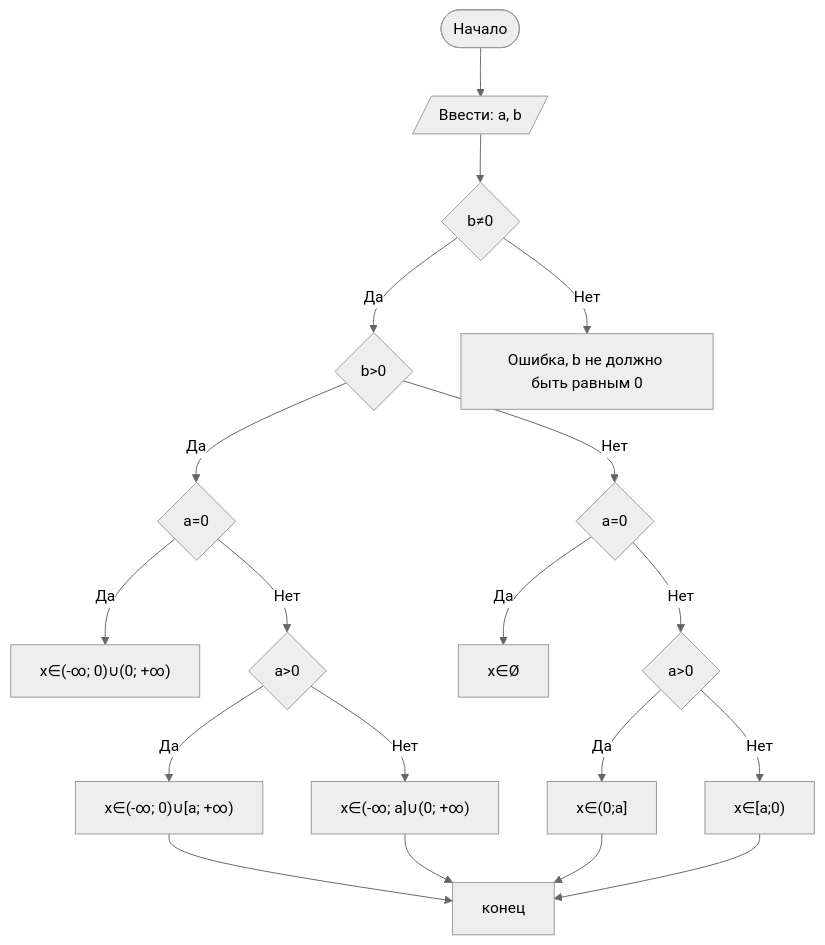
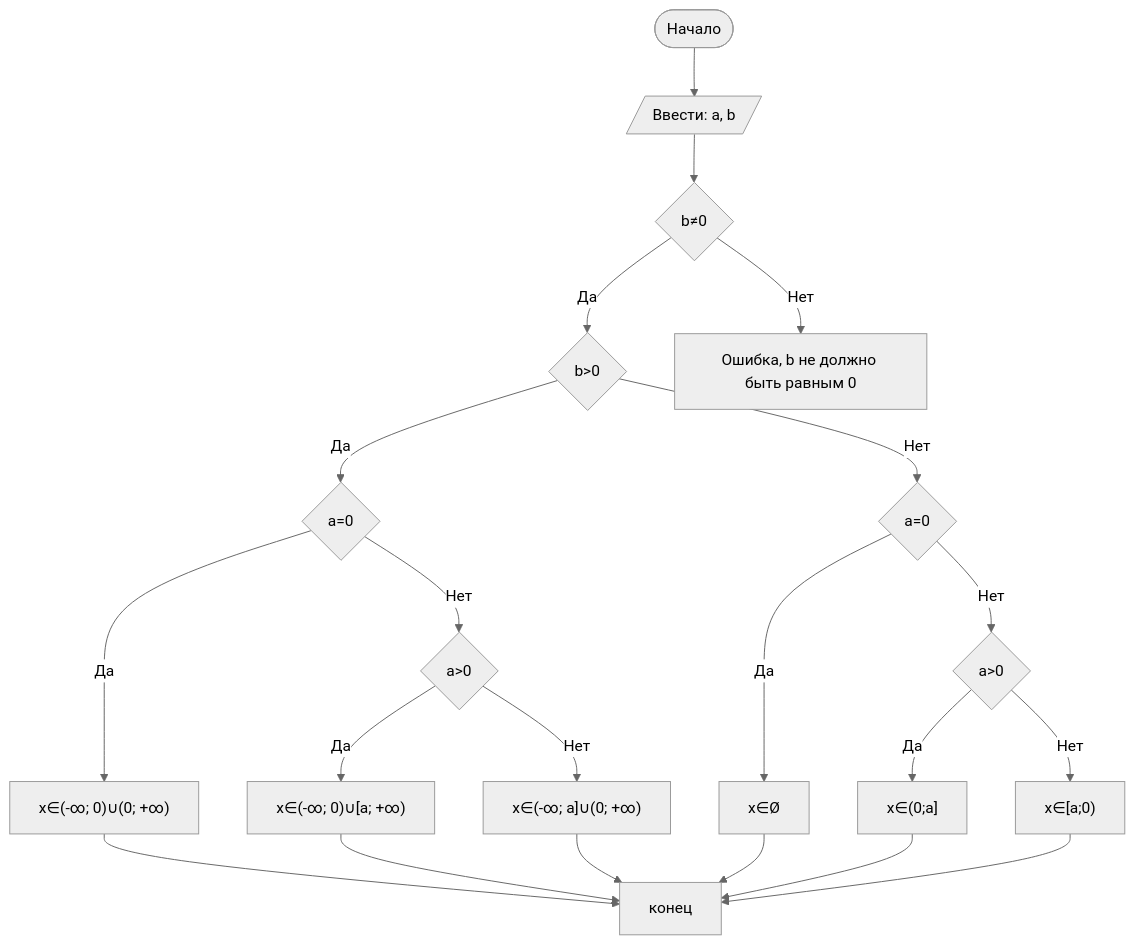
Before and after one commit to Elizavetabutko/lab1: the diagram in README.md, drawn with Mermaid (neutral theme).

Commit message:
README.md

````diff
--- a/README.md
+++ b/README.md
@@ -78,22 +78,24 @@
 ```mermaid
 graph TD
     A([Начало]) --> B[/Ввести: a, b/]
     B --> C{b≠0}
     C -- Да --> D{b>0}
     C -- Нет --> E[Ошибка, b не должно быть равным 0]
     D -- Да --> F{a=0}
     D -- Нет --> G{a=0}
     F -- Да --> H["x∈(-∞; 0)∪(0; +∞)"]
     F -- Нет --> I{a>0}
     I -- Да --> L["x∈(-∞; 0)∪[a; +∞)"]
     I -- Нет --> M["x∈(-∞; a]∪(0; +∞)"]
     G -- Да --> J["x∈Ø"]
     G -- Нет --> K{a>0}
     K -- Да --> N["x∈(0;a]"]
     K -- Нет --> O["x∈[a;0)"]
     L --> Z[конец]
     M --> Z[конец]
     N --> Z[конец]
     O --> Z[конец]
+    H --> Z[конец]
+    J --> Z[конец]
 
 ```
````
